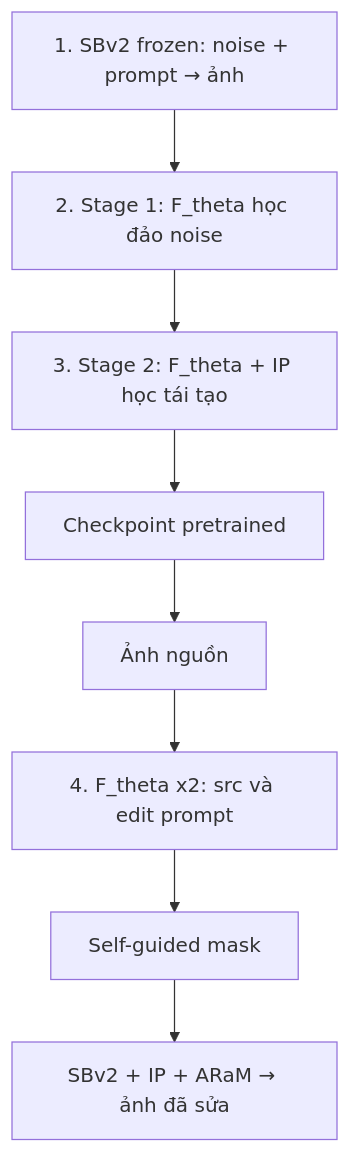
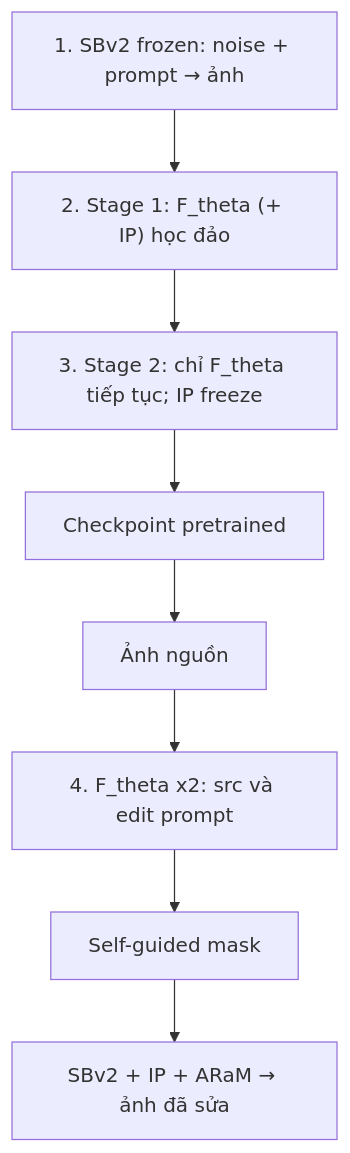
One commit to NguyenKz/CS2309.CH201 changed the third of 6 diagrams in report/SLIDE_SwiftEdit.md. Above: the diagram before and after it, drawn with Mermaid. The commit also changed other lines of this file and 24 other files, not shown here.

````diff
--- a/report/SLIDE_SwiftEdit.md
+++ b/report/SLIDE_SwiftEdit.md
@@ -152,11 +153,11 @@
 ```mermaid
 flowchart TB
     SBv2["1. SBv2 frozen: noise + prompt → ảnh"]
-    SBv2 --> S1["2. Stage 1: F_theta học đảo noise"]
-    S1 --> S2["3. Stage 2: F_theta + IP học tái tạo"]
+    SBv2 --> S1["2. Stage 1: F_theta (+ IP) học đảo"]
+    S1 --> S2["3. Stage 2: chỉ F_theta tiếp tục; IP freeze"]
     S2 --> Ckpt["Checkpoint pretrained"]
     Ckpt --> Img[Ảnh nguồn]
     Img --> Inv["4. F_theta x2: src và edit prompt"]
     Inv --> Mask[Self-guided mask]
     Mask --> Out["SBv2 + IP + ARaM → ảnh đã sửa"]
 ```
````
